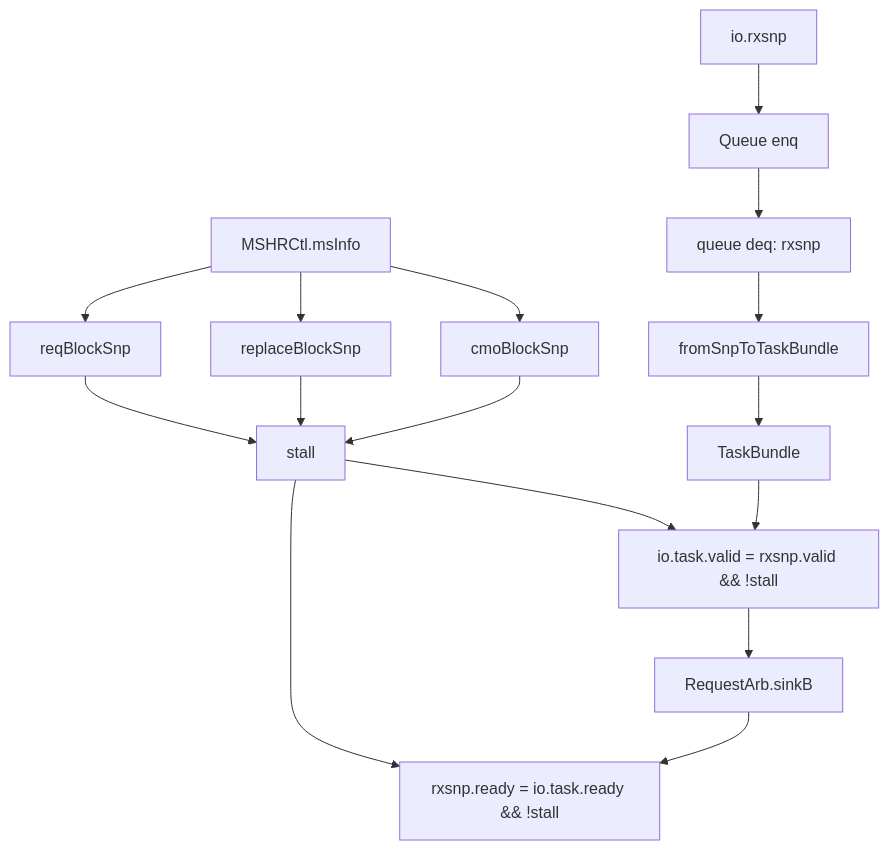
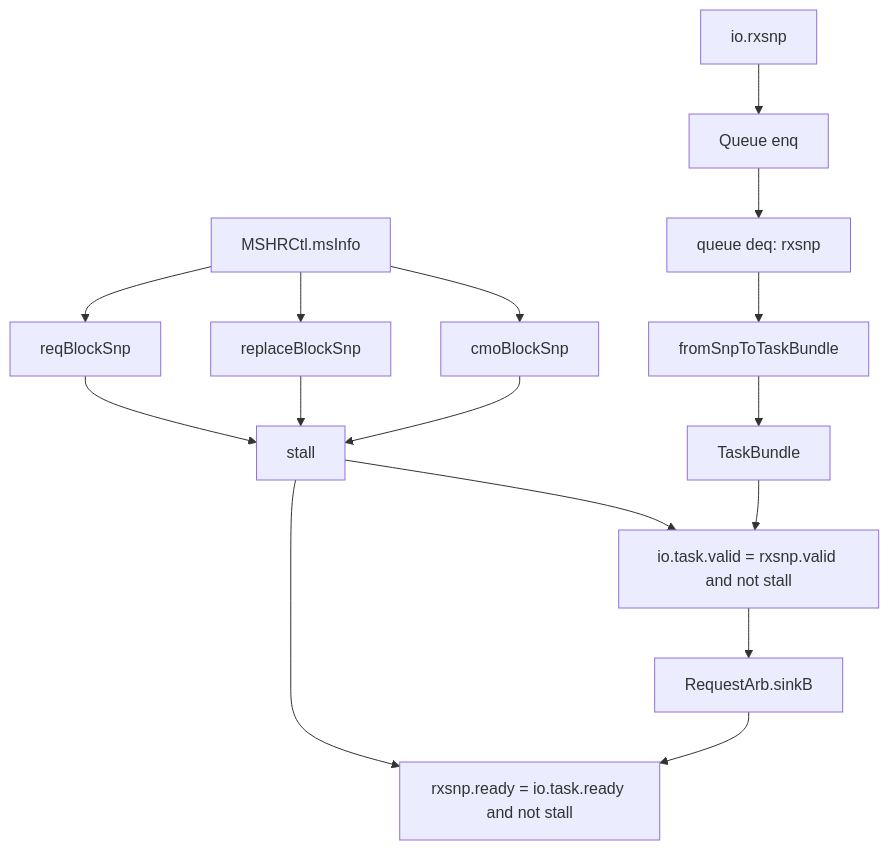
One commit to OpenXiangShan/XiangShanLab changed the second of 2 diagrams in xiangshan-course/docs-en/4-xiangshan-microarchitecture-analysis/3-xiangshan-source-code-analysis/cache/Cache-RXSNP.md. Above: the diagram before and after it, drawn with Mermaid. The commit also changed other lines of this file and 176 other files, not shown here.

````diff
--- a/xiangshan-course/docs-en/4-xiangshan-microarchitecture-analysis/3-xiangshan-source-code-analysis/cache/Cache-RXSNP.md
+++ b/xiangshan-course/docs-en/4-xiangshan-microarchitecture-analysis/3-xiangshan-source-code-analysis/cache/Cache-RXSNP.md
@@ -487,18 +850,18 @@
 ```mermaid
 flowchart TD
   IN[io.rxsnp] --> ENQ[Queue enq]
   ENQ --> HEAD[queue deq: rxsnp]
   HEAD --> MAP[fromSnpToTaskBundle]
   MINFO[MSHRCtl.msInfo] --> RB[reqBlockSnp]
   MINFO --> REP[replaceBlockSnp]
   MINFO --> CMO[cmoBlockSnp]
   RB --> STALL[stall]
   REP --> STALL
   CMO --> STALL
-  STALL --> TV[io.task.valid = rxsnp.valid && !stall]
-  STALL --> RR[rxsnp.ready = io.task.ready && !stall]
+  STALL --> TV[io.task.valid = rxsnp.valid and not stall]
+  STALL --> RR[rxsnp.ready = io.task.ready and not stall]
   MAP --> TB[TaskBundle]
   TB --> TV
   TV --> ARB[RequestArb.sinkB]
   ARB --> RR
 ```
````
